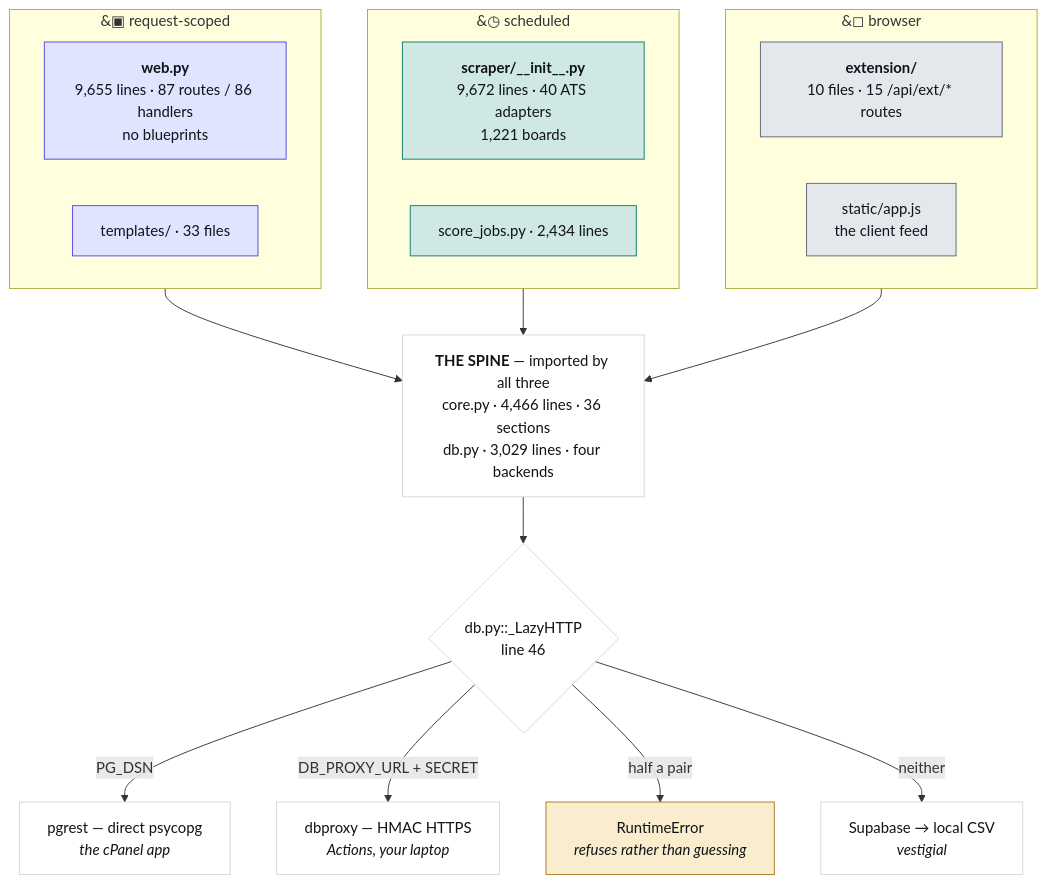
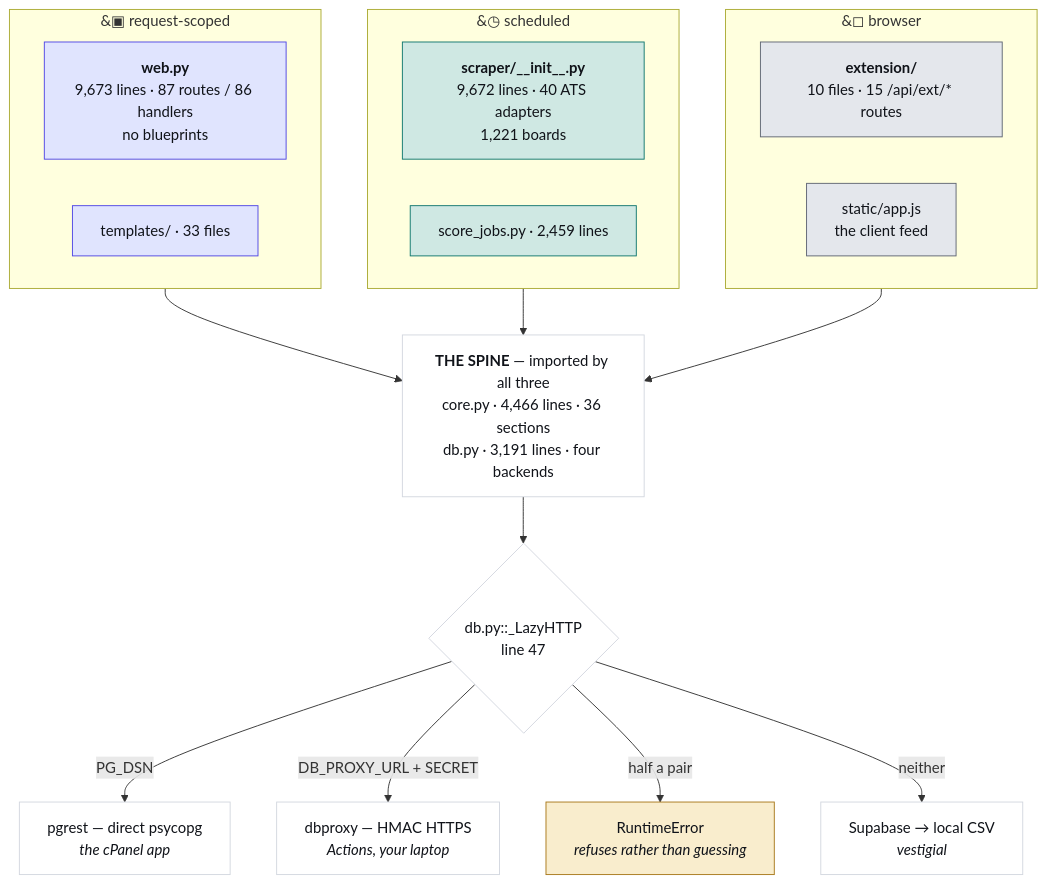
One commit to hadakunal909-debug/job-search-tool changed the first of 4 diagrams in JobMatch Scraper/docs/ARCHITECTURE.md. Above: the diagram before and after it, drawn with Mermaid. The commit also changed other lines of this file and 15 other files, not shown here.

````diff
--- a/JobMatch Scraper/docs/ARCHITECTURE.md
+++ b/JobMatch Scraper/docs/ARCHITECTURE.md
@@ -45,34 +45,34 @@
 ```mermaid
 flowchart TB
   subgraph REQ["&#9635; request-scoped"]
-    W["<b>web.py</b><br/>9,655 lines · 87 routes / 86 handlers<br/>no blueprints"]
+    W["<b>web.py</b><br/>9,673 lines · 87 routes / 86 handlers<br/>no blueprints"]
     T["templates/ · 33 files"]
   end
   subgraph SCH["&#9719; scheduled"]
     S["<b>scraper/__init__.py</b><br/>9,672 lines · 40 ATS adapters<br/>1,221 boards"]
-    J["score_jobs.py · 2,434 lines"]
+    J["score_jobs.py · 2,459 lines"]
   end
   subgraph CLI["&#9723; browser"]
     E["<b>extension/</b><br/>10 files · 15 /api/ext/* routes"]
     A["static/app.js<br/>the client feed"]
   end
-  SPINE["<b>THE SPINE</b> — imported by all three<br/>core.py · 4,466 lines · 36 sections<br/>db.py · 3,029 lines · four backends"]
+  SPINE["<b>THE SPINE</b> — imported by all three<br/>core.py · 4,466 lines · 36 sections<br/>db.py · 3,191 lines · four backends"]
   REQ --> SPINE
   SCH --> SPINE
   CLI --> SPINE
-  SPINE --> D{"db.py::_LazyHTTP<br/>line 46"}
+  SPINE --> D{"db.py::_LazyHTTP<br/>line 47"}
   D -->|"PG_DSN"| P["pgrest — direct psycopg<br/><i>the cPanel app</i>"]
   D -->|"DB_PROXY_URL + SECRET"| X["dbproxy — HMAC HTTPS<br/><i>Actions, your laptop</i>"]
   D -->|"half a pair"| R["RuntimeError<br/><i>refuses rather than guessing</i>"]
   D -->|"neither"| V["Supabase → local CSV<br/><i>vestigial</i>"]
   classDef web fill:#e0e4fe,stroke:#4f46e5,color:#101319
   classDef sched fill:#cfe8e3,stroke:#0f766e,color:#101319
   classDef client fill:#e4e7ec,stroke:#5f6573,color:#101319
   classDef trap fill:#f9edcd,stroke:#a8781a,color:#101319
   classDef plain fill:#ffffff,stroke:#d3d7df,color:#101319
   class W,T web
   class S,J sched
   class E,A client
   class R trap
   class SPINE,D,P,X,V plain
 ```
````
